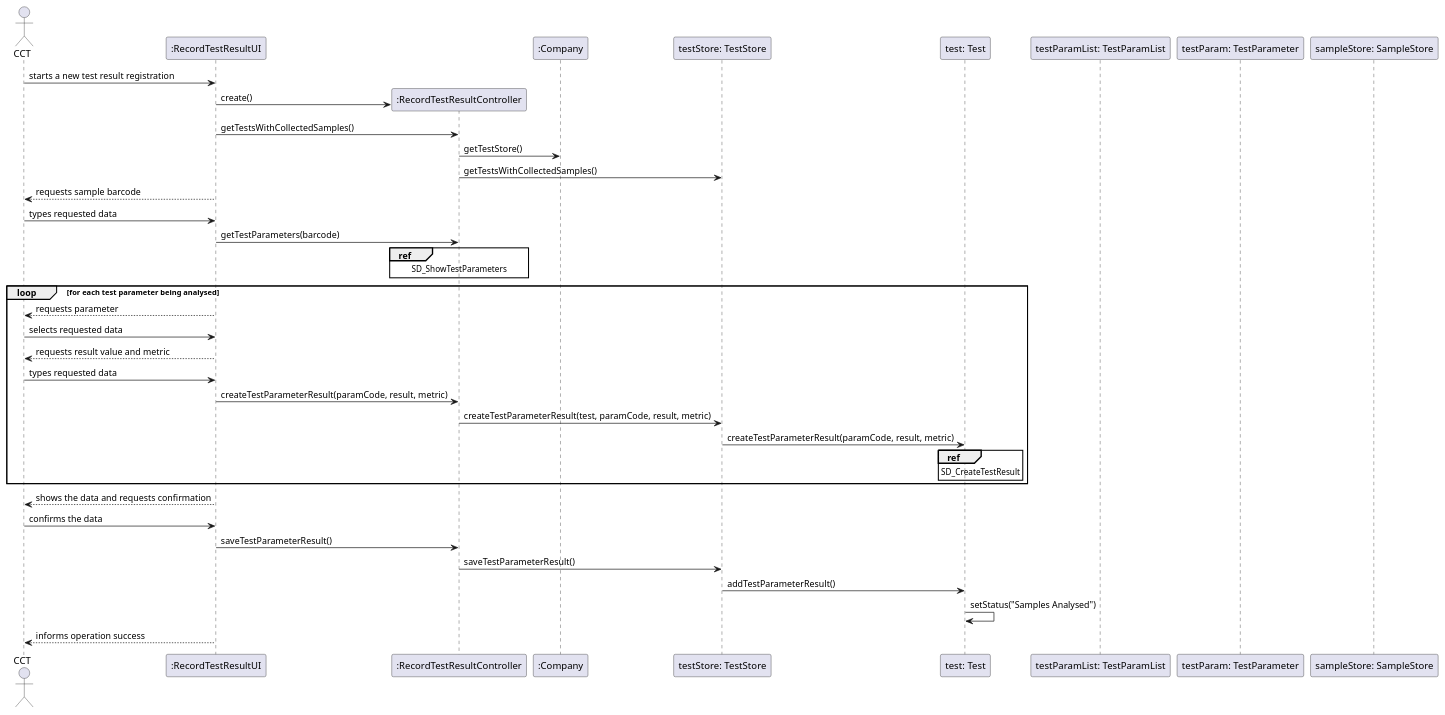
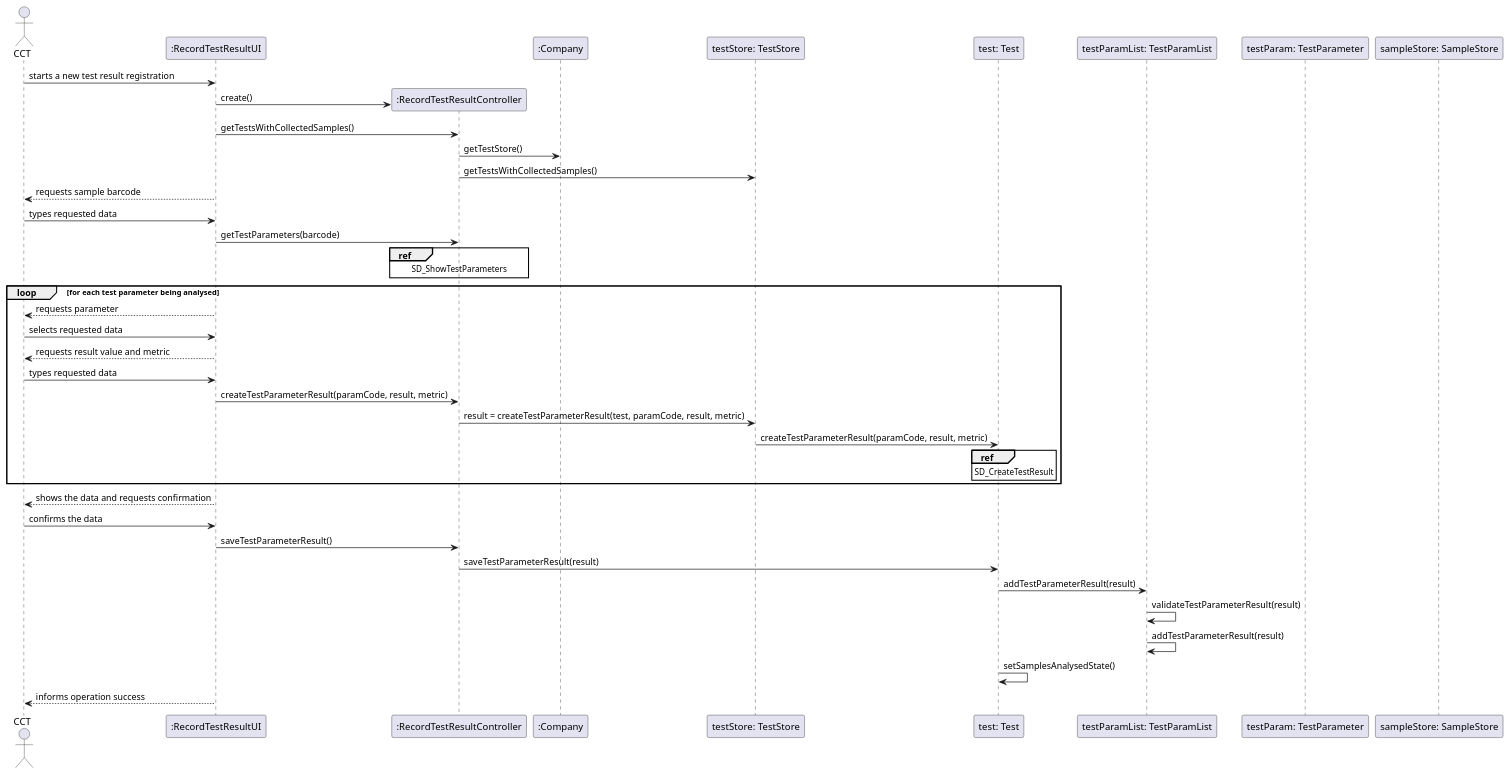
Before and after one commit to MadDinosaur/ISEP-LAPR2: the diagram in docs/SprintC/US12/US12_SD.puml, drawn with PlantUML. The commit also changed 12 other files, not shown here.

Commit message:
Bug fix in Sample class. Added toString methods. Finished TestResultUI.

```diff
--- a/docs/SprintC/US12/US12_SD.puml
+++ b/docs/SprintC/US12/US12_SD.puml
@@ -1,42 +1,44 @@
 @startuml
 actor CCT as cct
 participant ":RecordTestResultUI" as ui
 participant ":RecordTestResultController" as controller
 participant ":Company" as company
 participant "testStore: TestStore" as ts
 participant "test: Test" as test
 participant "testParamList: TestParamList" as tpstore
 participant "testParam: TestParameter" as testParam
 participant "sampleStore: SampleStore" as ss
 
 
 cct -> ui : starts a new test result registration
 create controller
 ui -> controller : create()
 ui -> controller : getTestsWithCollectedSamples()
 controller -> company : getTestStore()
 controller -> ts : getTestsWithCollectedSamples()
 ui --> cct : requests sample barcode
 cct -> ui : types requested data
 ui -> controller : getTestParameters(barcode)
 ref over controller : SD_ShowTestParameters
 loop for each test parameter being analysed
 ui --> cct : requests parameter
 cct -> ui : selects requested data
 ui --> cct : requests result value and metric
 cct -> ui : types requested data
 ui -> controller : createTestParameterResult(paramCode, result, metric)
-controller -> ts : createTestParameterResult(test, paramCode, result, metric)
+controller -> ts : result = createTestParameterResult(test, paramCode, result, metric)
 ts -> test : createTestParameterResult(paramCode, result, metric)
 ref over test : SD_CreateTestResult
 end loop
 ui --> cct : shows the data and requests confirmation
 cct -> ui : confirms the data
 ui -> controller : saveTestParameterResult()
-controller -> ts : saveTestParameterResult()
-ts -> test : addTestParameterResult()
-test -> test : setStatus("Samples Analysed")
+controller -> test : saveTestParameterResult(result)
+test -> tpstore : addTestParameterResult(result)
+tpstore -> tpstore : validateTestParameterResult(result)
+tpstore -> tpstore : addTestParameterResult(result)
+test -> test : setSamplesAnalysedState()
 ui --> cct : informs operation success
 
 
 @enduml
```
